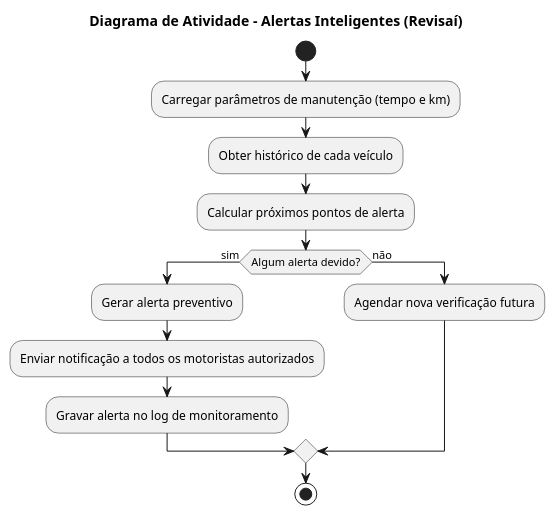
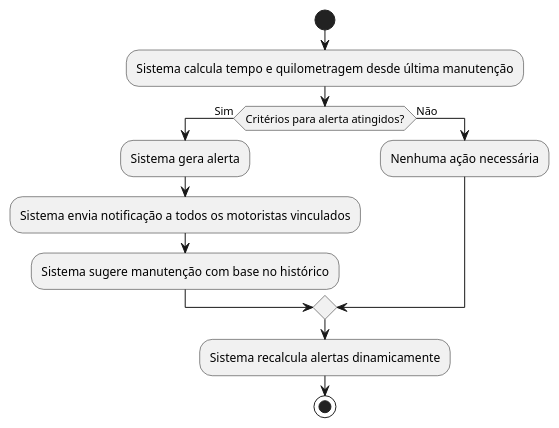
Before and after one commit to adsifs/2025.1_AOO_AV: the diagram in modelos/UC_Alertas.md, drawn with PlantUML. The commit also changed other lines of this file, not shown here.

````diff
--- a/modelos/UC_Alertas.md
+++ b/modelos/UC_Alertas.md
@@ -3,19 +10,22 @@
 ```puml
-@startuml AlertasInteligentes
-|Sistema|
+@startuml
 start
-title Diagrama de Atividade - Alertas Inteligentes (Revisaí)
 
-:Carregar parâmetros de manutenção (tempo e km);
-:Obter histórico de cada veículo;
-:Calcular próximos pontos de alerta;
-if (Algum alerta devido?) then (sim)
-  :Gerar alerta preventivo;
-  :Enviar notificação a todos os motoristas autorizados;
-  :Gravar alerta no log de monitoramento;
-else (não)
-  :Agendar nova verificação futura;
+:Sistema calcula tempo e quilometragem desde última manutenção;
+
+if (Critérios para alerta atingidos?) then (Sim)
+  :Sistema gera alerta;
+
+  :Sistema envia notificação a todos os motoristas vinculados;
+
+  :Sistema sugere manutenção com base no histórico;
+
+else (Não)
+  :Nenhuma ação necessária;
 endif
+
+:Sistema recalcula alertas dinamicamente;
+
 stop
 @enduml
 ```
````
